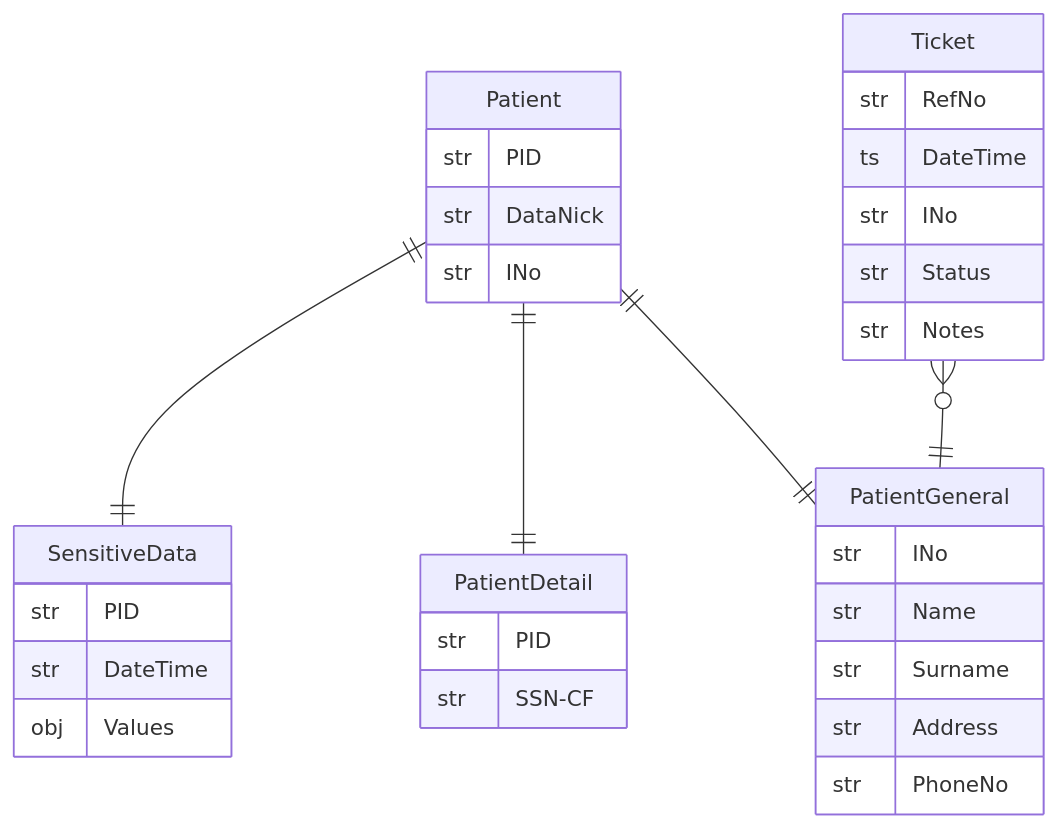
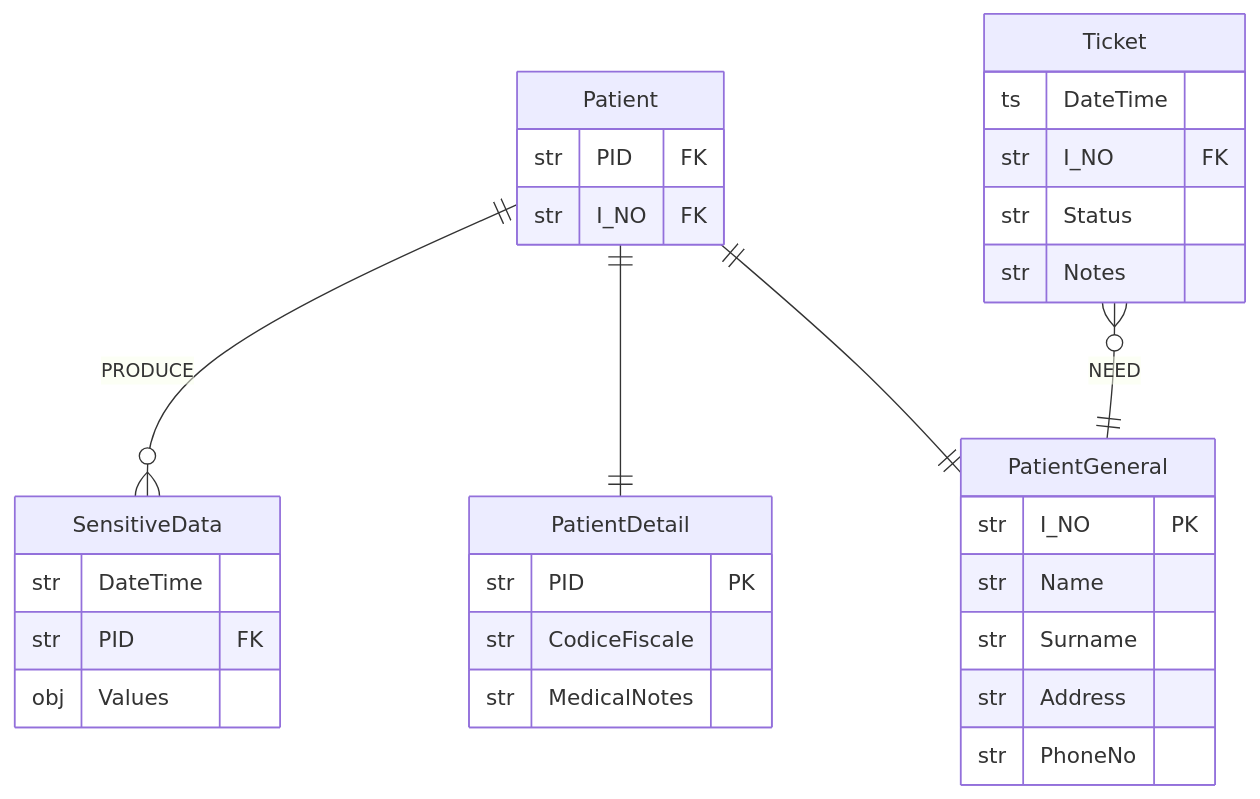
The third of 5 diagrams in model/readme.md (maffinyep/seranade-docs), drawn with Mermaid before and after one commit. The commit also changed other lines of this file and 4 other files, not shown here.

````diff
--- a/model/readme.md
+++ b/model/readme.md
@@ -24,35 +75,34 @@
 ```mermaid
 erDiagram
     SensitiveData {
-        str PID
         str DateTime
+        str PID FK
         obj Values
     }
     Patient {
-        str PID
-        str DataNick
-        str INo
+        str PID FK
+        str I_NO FK
     }
     PatientDetail {
-        str PID
-        str SSN-CF
+        str PID PK
+        str CodiceFiscale
+        str MedicalNotes
     }
     PatientGeneral {
-        str INo
+        str I_NO PK
         str Name
         str Surname
         str Address
         str PhoneNo
     }
     Ticket {
-        str RefNo
         ts DateTime
-        str INo
+        str I_NO FK
         str Status
         str Notes
     }
-    Patient ||--|| SensitiveData : ""
+    Patient ||--o{ SensitiveData : "PRODUCE"
     Patient ||--|| PatientDetail : ""
     Patient ||--|| PatientGeneral : ""
-    Ticket }o--|| PatientGeneral : ""
+    Ticket }o--|| PatientGeneral : "NEED"
 ```
````
